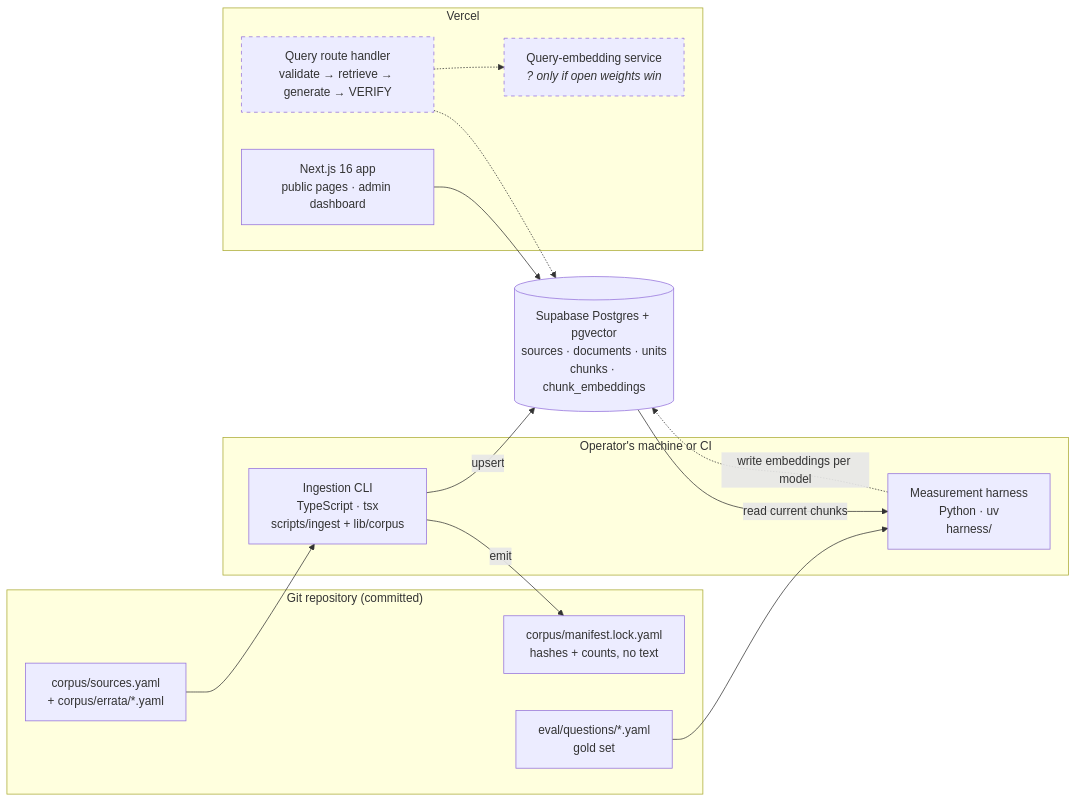
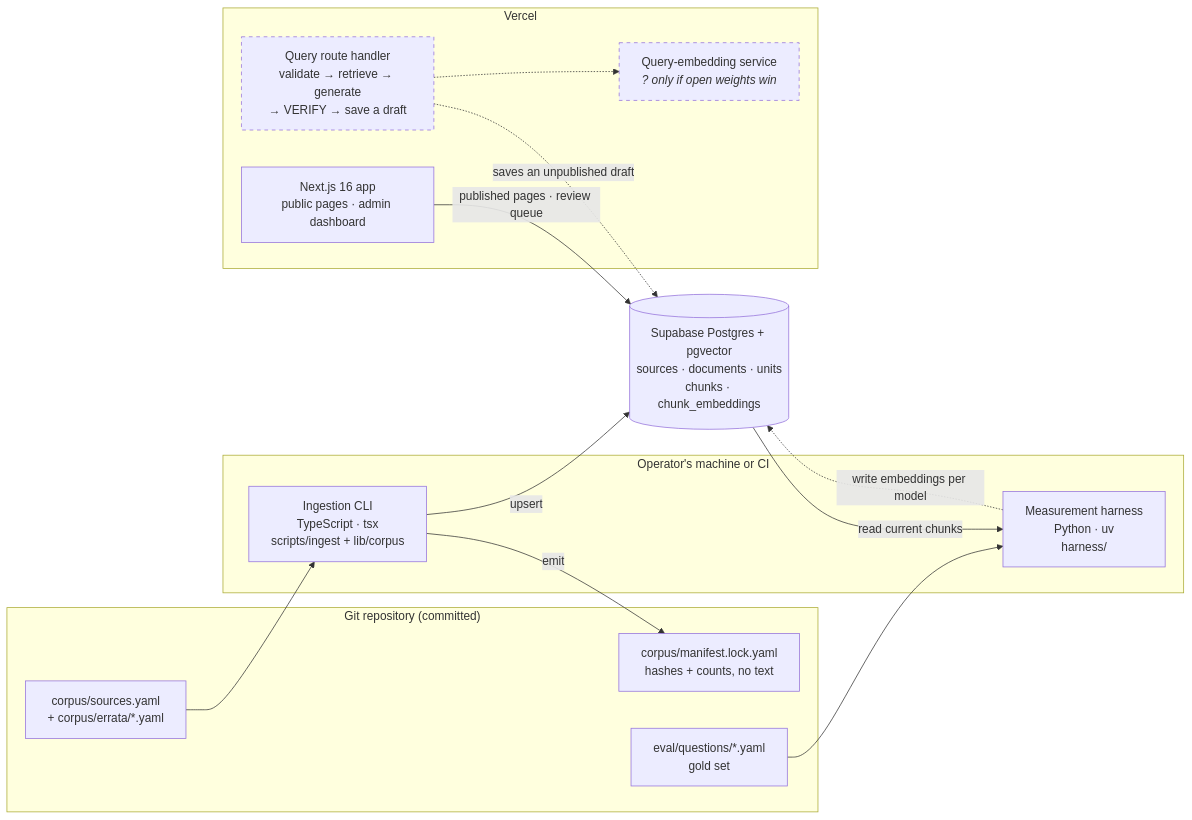
Before and after one commit to ancsingabor/apologia: the second of 2 diagrams in docs/guide/03-system-map.md, drawn with Mermaid. The commit also changed other lines of this file, not shown here.

First line of the commit message:
docs(guide/03): make the draft/publish gap visible, and say what the bake-off is for

````diff
--- a/docs/guide/03-system-map.md
+++ b/docs/guide/03-system-map.md
@@ -71,34 +71,34 @@
 ```mermaid
 flowchart LR
   subgraph repo["Git repository (committed)"]
     manifest["corpus/sources.yaml<br/>+ corpus/errata/*.yaml"]
     lock["corpus/manifest.lock.yaml<br/>hashes + counts, no text"]
     gold["eval/questions/*.yaml<br/>gold set"]
   end
 
   subgraph operator["Operator's machine or CI"]
     cli["Ingestion CLI<br/>TypeScript · tsx<br/>scripts/ingest + lib/corpus"]
     harness["Measurement harness<br/>Python · uv<br/>harness/"]
   end
 
   subgraph vercel["Vercel"]
     app["Next.js 16 app<br/>public pages · admin dashboard"]
-    route["Query route handler<br/>validate → retrieve → generate → VERIFY"]
+    route["Query route handler<br/>validate → retrieve → generate<br/>→ VERIFY → save a draft"]
     qembed["Query-embedding service<br/><i>? only if open weights win</i>"]
   end
 
   db[("Supabase Postgres + pgvector<br/>sources · documents · units<br/>chunks · chunk_embeddings")]
 
   manifest --> cli
   cli -->|upsert| db
   cli -->|emit| lock
   gold --> harness
   db -->|read current chunks| harness
   harness -.->|write embeddings per model| db
-  app --> db
-  route -.-> db
+  app -->|published pages · review queue| db
+  route -.->|saves an unpublished draft| db
   route -.-> qembed
 
   classDef planned stroke-dasharray: 5 5
   class route,qembed planned
 ```
````
